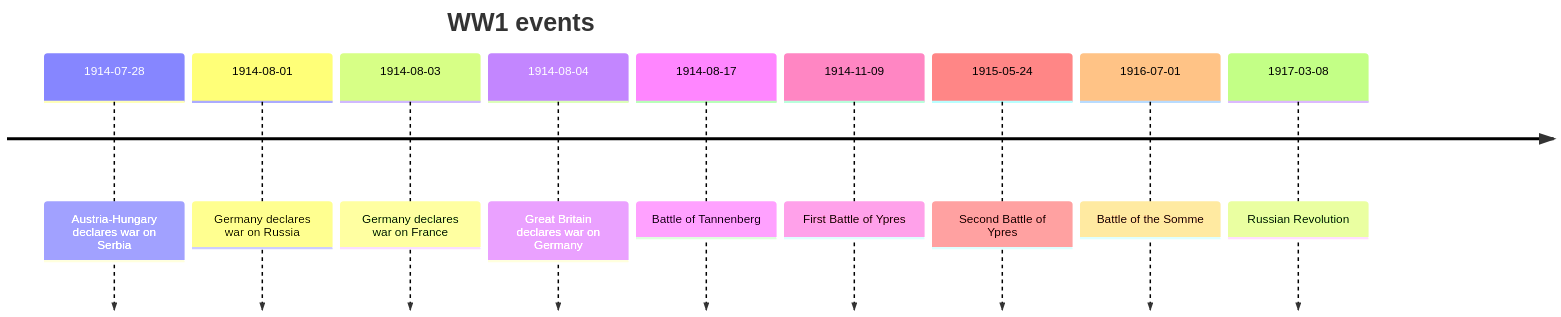
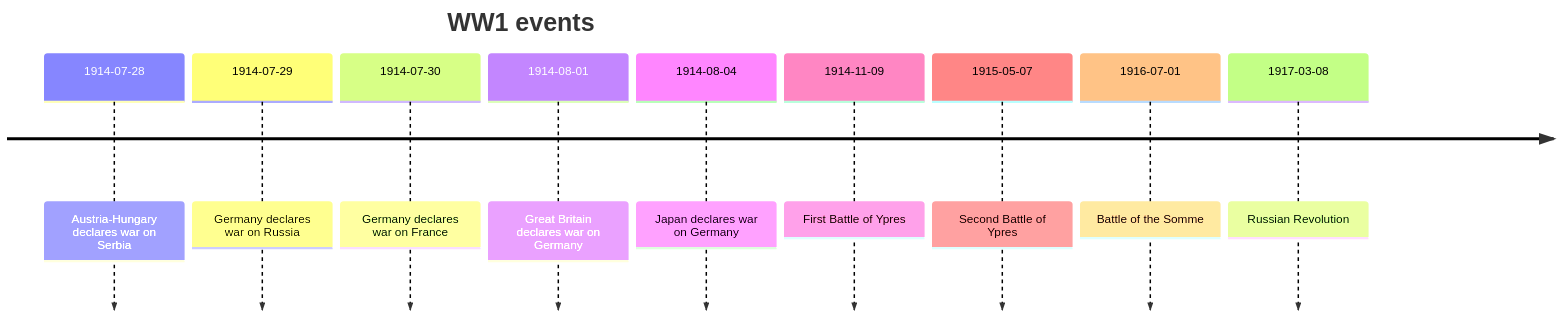
The diagram in README.md (antononcube/Raku-Text-SubParsers), drawn with Mermaid before and after one commit. The commit also changed other lines of this file and 6 other files, not shown here.

````diff
--- a/README.md
+++ b/README.md
@@ -183,13 +184,13 @@
 ```mermaid
 timeline
 	title WW1 events
 	1914-07-28 : Austria-Hungary declares war on Serbia
-	1914-08-01 : Germany declares war on Russia
-	1914-08-03 : Germany declares war on France
-	1914-08-04 : Great Britain declares war on Germany
-	1914-08-17 : Battle of Tannenberg
+	1914-07-29 : Germany declares war on Russia
+	1914-07-30 : Germany declares war on France
+	1914-08-01 : Great Britain declares war on Germany
+	1914-08-04 : Japan declares war on Germany
 	1914-11-09 : First Battle of Ypres
-	1915-05-24 : Second Battle of Ypres
+	1915-05-07 : Second Battle of Ypres
 	1916-07-01 : Battle of the Somme
 	1917-03-08 : Russian Revolution
 ```
````
